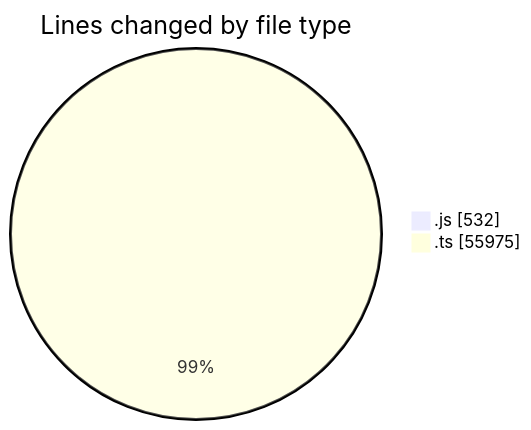
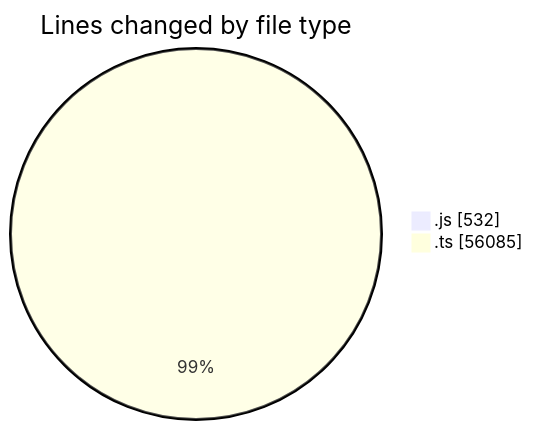
One commit to momahboobian/code-tracking changed the first of 2 diagrams in 2025-06-19/cda/README.md. Above: the diagram before and after it, drawn with Mermaid. The commit also changed other lines of this file and 1 other file, not shown here.

````diff
--- a/2025-06-19/cda/README.md
+++ b/2025-06-19/cda/README.md
@@ -32,6 +32,6 @@
 ```mermaid
 pie showData
 title Lines changed by file type
 ".js" : 532
-".ts" : 55975
+".ts" : 56085
 ```
````
